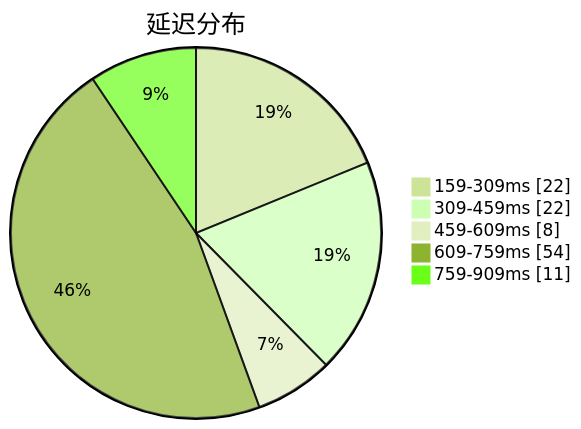
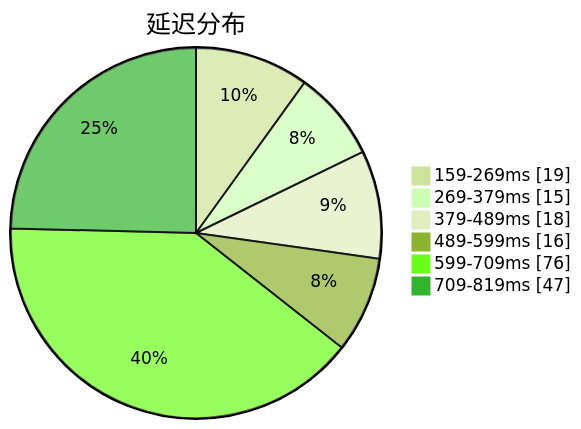
The first of 3 diagrams in subs/statistics/tested_within.md (qjlxg/airport), drawn with Mermaid (forest theme) before and after one commit. The commit also changed other lines of this file and 2 other files, not shown here.

````diff
--- a/subs/statistics/tested_within.md
+++ b/subs/statistics/tested_within.md
@@ -2,9 +2,10 @@
 ```mermaid
 pie showData
 title 延迟分布
-"159-309ms" : 22
-"309-459ms" : 22
-"459-609ms" : 8
-"609-759ms" : 54
-"759-909ms" : 11
+"159-269ms" : 19
+"269-379ms" : 15
+"379-489ms" : 18
+"489-599ms" : 16
+"599-709ms" : 76
+"709-819ms" : 47
 ```
````
